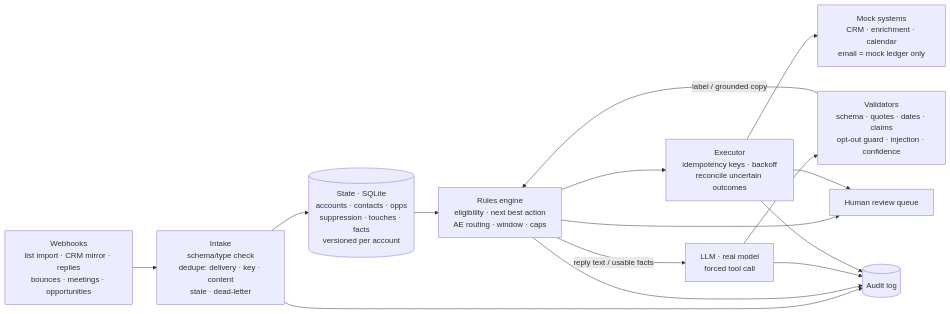
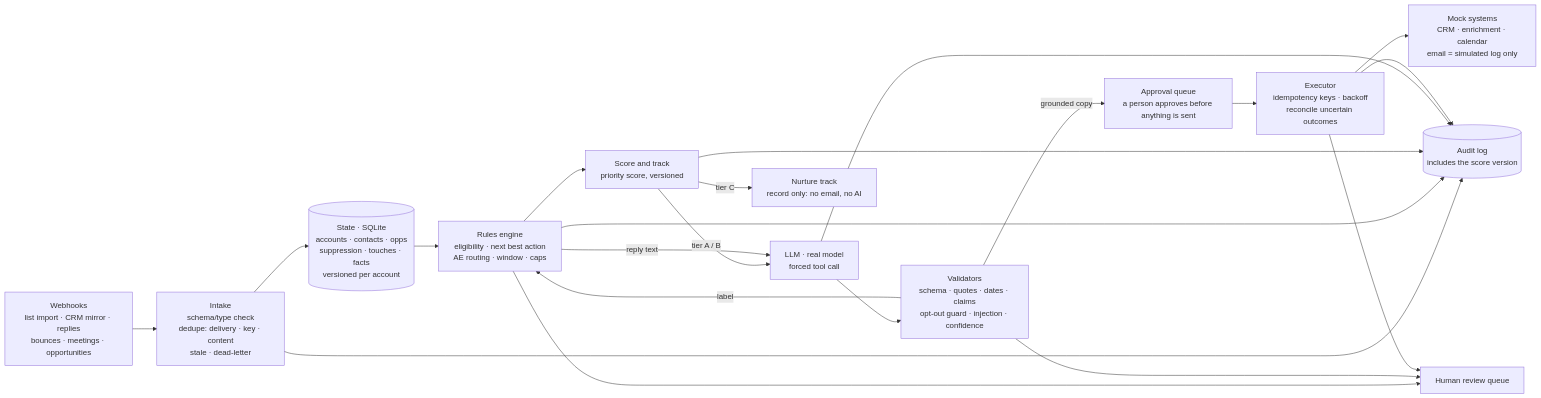
Before and after one commit to apogeoconsara/portafolioclara: the diagram in growth-orchestrator/README.md, drawn with Mermaid. The commit also changed 1 other file, not shown here.

Commit message:
Update the architecture diagram (score, nurture, approval) and add the data provenance note
Claude-Session: https://claude.ai/code/session_01PE7eMgr7PkdF7eiHSQVEnm

````diff
--- a/growth-orchestrator/README.md
+++ b/growth-orchestrator/README.md
@@ -42,14 +42,19 @@
 ```mermaid
 flowchart LR
   W[Webhooks<br/>list import · CRM mirror · replies<br/>bounces · meetings · opportunities] --> I[Intake<br/>schema/type check<br/>dedupe: delivery · key · content<br/>stale · dead-letter]
   I --> S[(State · SQLite<br/>accounts · contacts · opps<br/>suppression · touches · facts<br/>versioned per account)]
   S --> R[Rules engine<br/>eligibility · next best action<br/>AE routing · window · caps]
-  R -- reply text / usable facts --> L[LLM · real model<br/>forced tool call]
+  R --> SC[Score and track<br/>priority score, versioned]
+  SC -- tier A / B --> L[LLM · real model<br/>forced tool call]
+  SC -- tier C --> N[Nurture track<br/>record only: no email, no AI]
+  R -- reply text --> L
   L --> V[Validators<br/>schema · quotes · dates · claims<br/>opt-out guard · injection · confidence]
-  V -- label / grounded copy --> R
-  R --> X[Executor<br/>idempotency keys · backoff<br/>reconcile uncertain outcomes]
-  X --> M[Mock systems<br/>CRM · enrichment · calendar<br/>email = mock ledger only]
+  V -- label --> R
+  V -- grounded copy --> AP[Approval queue<br/>a person approves before anything is sent]
+  AP --> X[Executor<br/>idempotency keys · backoff<br/>reconcile uncertain outcomes]
+  X --> M[Mock systems<br/>CRM · enrichment · calendar<br/>email = simulated log only]
   R --> H[Human review queue]
+  V --> H
   X --> H
-  I & R & L & X --> A[(Audit log)]
+  I & R & SC & L & X --> A[(Audit log<br/>includes the score version)]
 ```
````
